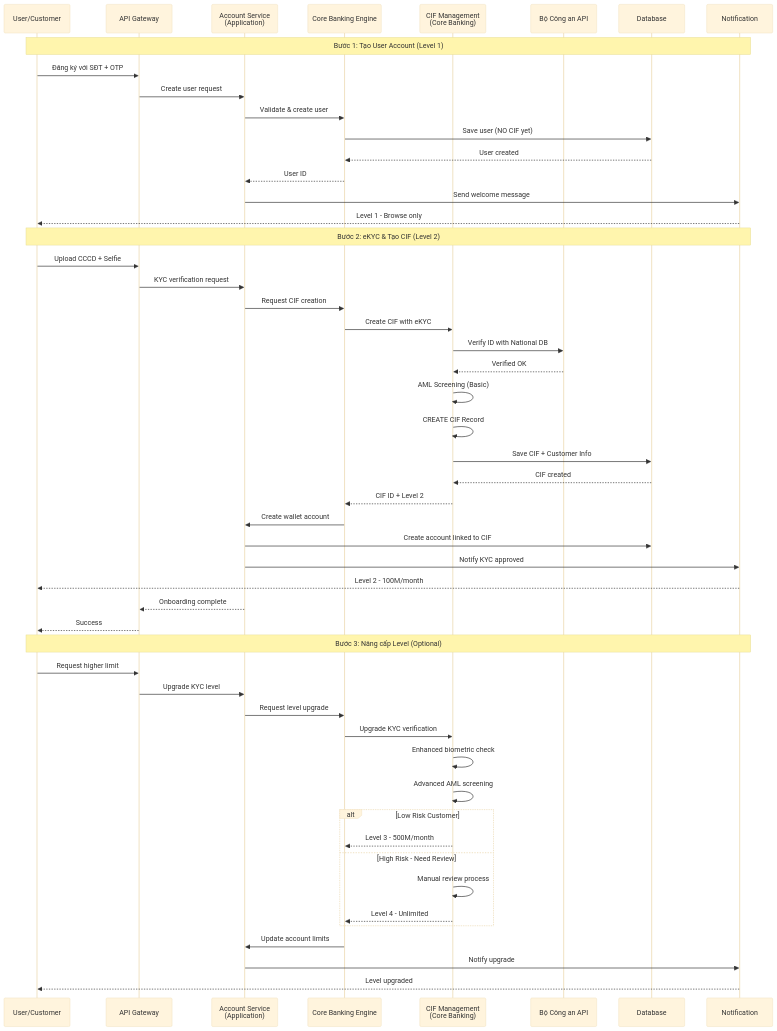
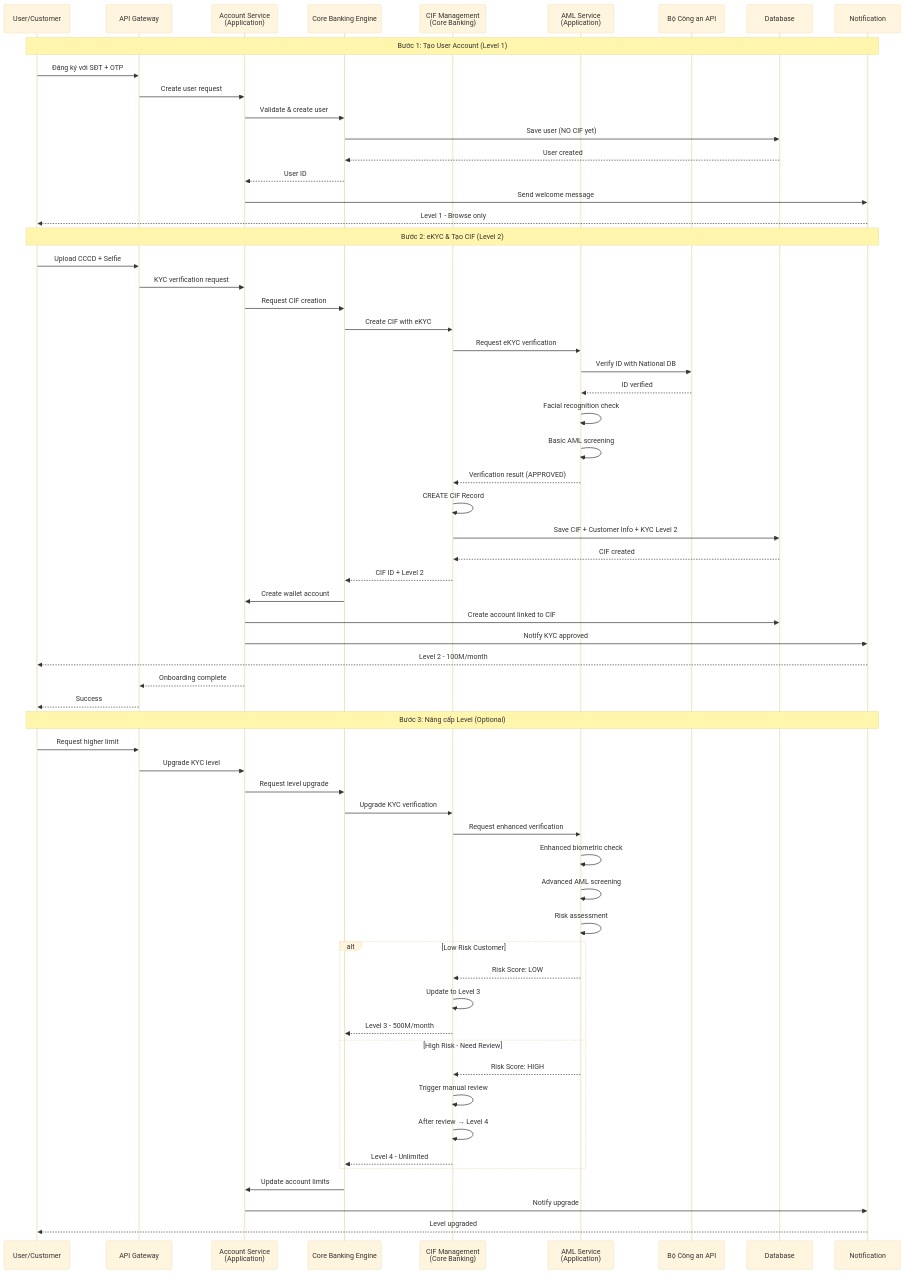
Before and after one commit to PhuMBT/eWallet_CBS: the fourth of 5 diagrams in docs/cbs-sdk-finance/02-architecture.md, drawn with Mermaid (base theme). The commit also changed other lines of this file, not shown here.

First line of the commit message:
feat(architecture): Add AML Service to Application Layer

````diff
--- a/docs/cbs-sdk-finance/02-architecture.md
+++ b/docs/cbs-sdk-finance/02-architecture.md
@@ -315,57 +366,72 @@
 ```mermaid
 sequenceDiagram
     participant U as User/Customer
     participant A as API Gateway
     participant ACC as Account Service<br/>(Application)
     participant CORE as Core Banking Engine
     participant CIF as CIF Management<br/>(Core Banking)
+    participant AML as AML Service<br/>(Application)
     participant GOV as Bộ Công an API
     participant DB as Database
     participant N as Notification
     
     Note over U,N: Bước 1: Tạo User Account (Level 1)
     U->>A: Đăng ký với SĐT + OTP
     A->>ACC: Create user request
     ACC->>CORE: Validate & create user
     CORE->>DB: Save user (NO CIF yet)
     DB-->>CORE: User created
     CORE-->>ACC: User ID
     ACC->>N: Send welcome message
     N-->>U: Level 1 - Browse only
     
     Note over U,N: Bước 2: eKYC & Tạo CIF (Level 2)
     U->>A: Upload CCCD + Selfie
     A->>ACC: KYC verification request
     ACC->>CORE: Request CIF creation
     CORE->>CIF: Create CIF with eKYC
-    CIF->>GOV: Verify ID with National DB
-    GOV-->>CIF: Verified OK
-    CIF->>CIF: AML Screening (Basic)
+    
+    CIF->>AML: Request eKYC verification
+    AML->>GOV: Verify ID with National DB
+    GOV-->>AML: ID verified
+    AML->>AML: Facial recognition check
+    AML->>AML: Basic AML screening
+    AML-->>CIF: Verification result (APPROVED)
+    
     CIF->>CIF: CREATE CIF Record
-    CIF->>DB: Save CIF + Customer Info
+    CIF->>DB: Save CIF + Customer Info + KYC Level 2
     DB-->>CIF: CIF created
     CIF-->>CORE: CIF ID + Level 2
     CORE->>ACC: Create wallet account
     ACC->>DB: Create account linked to CIF
     ACC->>N: Notify KYC approved
     N-->>U: Level 2 - 100M/month
     ACC-->>A: Onboarding complete
     A-->>U: Success
     
     Note over U,N: Bước 3: Nâng cấp Level (Optional)
     U->>A: Request higher limit
     A->>ACC: Upgrade KYC level
     ACC->>CORE: Request level upgrade
     CORE->>CIF: Upgrade KYC verification
-    CIF->>CIF: Enhanced biometric check
-    CIF->>CIF: Advanced AML screening
+    
+    CIF->>AML: Request enhanced verification
+    AML->>AML: Enhanced biometric check
+    AML->>AML: Advanced AML screening
+    AML->>AML: Risk assessment
+    
     alt Low Risk Customer
+        AML-->>CIF: Risk Score: LOW
+        CIF->>CIF: Update to Level 3
         CIF-->>CORE: Level 3 - 500M/month
     else High Risk - Need Review
-        CIF->>CIF: Manual review process
+        AML-->>CIF: Risk Score: HIGH
+        CIF->>CIF: Trigger manual review
+        CIF->>CIF: After review → Level 4
         CIF-->>CORE: Level 4 - Unlimited
     end
+    
     CORE->>ACC: Update account limits
     ACC->>N: Notify upgrade
     N-->>U: Level upgraded
 ```
````
